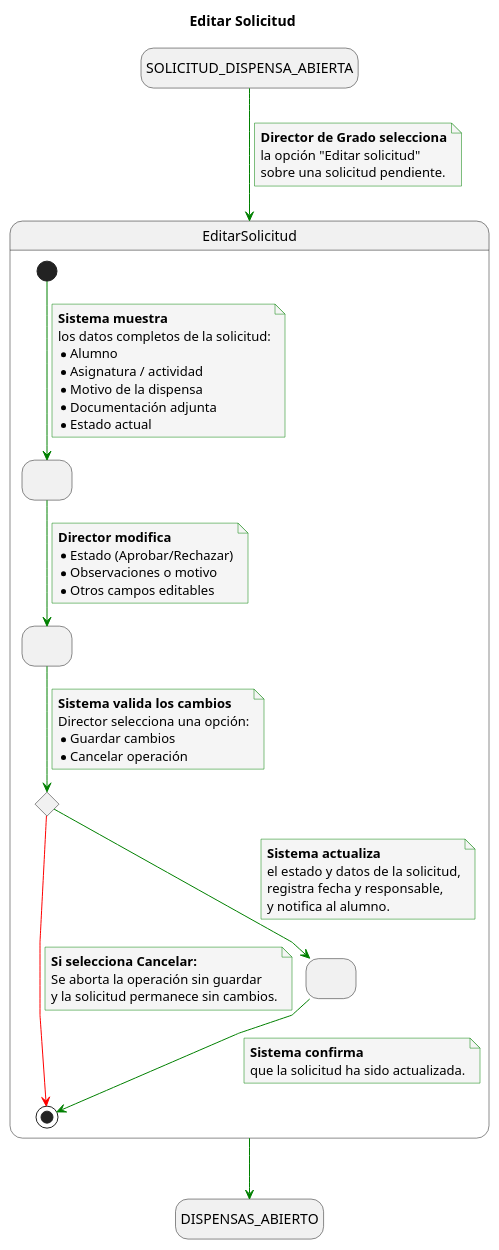
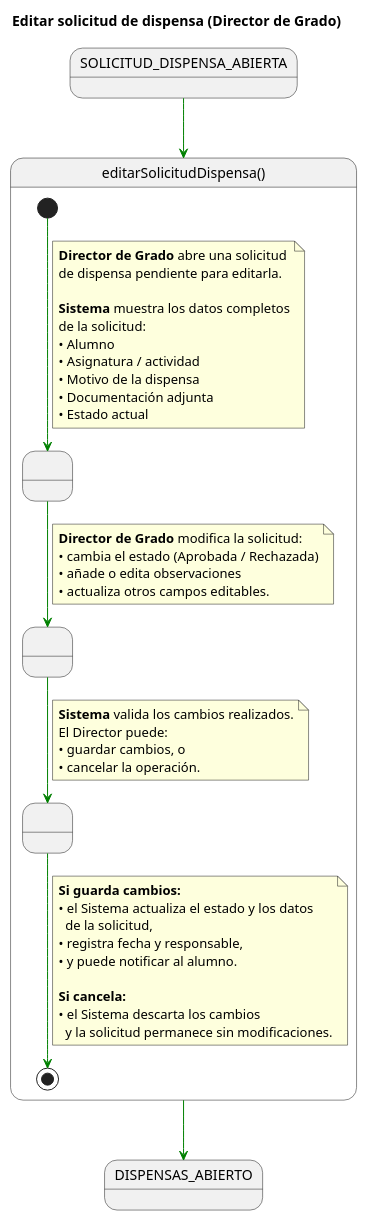
Before and after one commit to enmabry/25-26-IdSw1-SdR: the diagram in documents/CasosDeUso/DetalladoCasosDeUso/DirectorDeGrado/EditarSolicitud.puml, drawn with PlantUML. The commit also changed 7 other files, not shown here.

Commit message:
Update GuardarSolicitud diagram: enhance visual clarity and detail for the "Guardar solicitud de dispensa" process, including improved layout and additional descriptive text.

```diff
--- a/documents/CasosDeUso/DetalladoCasosDeUso/DirectorDeGrado/EditarSolicitud.puml
+++ b/documents/CasosDeUso/DetalladoCasosDeUso/DirectorDeGrado/EditarSolicitud.puml
@@ -1,81 +1,63 @@
 @startuml
-title Editar Solicitud
+title Editar solicitud de dispensa (Director de Grado)
 
-skinparam {
-    NoteBackgroundColor #whiteSmoke
-    ArrowColor #green
-    NoteBorderColor #green
-    linetype polyline
-}
+skinparam linetype polyline
 
-hide empty description
+state SOLICITUD_DISPENSA_ABIERTA_INICIAL as "SOLICITUD_DISPENSA_ABIERTA"
+state DISPENSAS_ABIERTO_FINAL            as "DISPENSAS_ABIERTO"
 
-state startState as "SOLICITUD_DISPENSA_ABIERTA"
-state endState as "DISPENSAS_ABIERTO"
+SOLICITUD_DISPENSA_ABIERTA_INICIAL -[#green]-> editarSolicitudDispensa
 
-startState --> EditarSolicitud
-note on link
-    <b>Director de Grado selecciona</b>
-    la opción "Editar solicitud"
-    sobre una solicitud pendiente.
-end note
+state editarSolicitudDispensa as "editarSolicitudDispensa()" {
 
-state EditarSolicitud {
-    state RevisarSolicitud as " "
-    state ModificarEstadoYDatos as " "
-    state FinalizarOpciones <<choice>>
+    state " " as RevisarSolicitud
+    state " " as ModificarEstadoYDatos
+    state " " as GuardarOCancelar
 
-    [*] --> RevisarSolicitud
+    [*] -[#green]-> RevisarSolicitud
     note on link
-        <b>Sistema muestra</b>
-        los datos completos de la solicitud:
-        * Alumno
-        * Asignatura / actividad
-        * Motivo de la dispensa
-        * Documentación adjunta
-        * Estado actual
+      <b>Director de Grado</b> abre una solicitud
+      de dispensa pendiente para editarla.
+
+      <b>Sistema</b> muestra los datos completos
+      de la solicitud:
+      • Alumno
+      • Asignatura / actividad
+      • Motivo de la dispensa
+      • Documentación adjunta
+      • Estado actual
     end note
 
-    RevisarSolicitud --> ModificarEstadoYDatos
+    RevisarSolicitud -[#green]-> ModificarEstadoYDatos
     note on link
-        <b>Director modifica</b>
-        * Estado (Aprobar/Rechazar)
-        * Observaciones o motivo
-        * Otros campos editables
+      <b>Director de Grado</b> modifica la solicitud:
+      • cambia el estado (Aprobada / Rechazada)
+      • añade o edita observaciones
+      • actualiza otros campos editables.
     end note
 
-    ModificarEstadoYDatos --> FinalizarOpciones
+    ModificarEstadoYDatos -[#green]-> GuardarOCancelar
     note on link
-        <b>Sistema valida los cambios</b>
-        Director selecciona una opción:
-        * Guardar cambios
-        * Cancelar operación
+      <b>Sistema</b> valida los cambios realizados.
+      El Director puede:
+      • guardar cambios, o
+      • cancelar la operación.
     end note
 
-    FinalizarOpciones -[#red]-> [*]
+    GuardarOCancelar -[#green]-> [*]
     note on link
-        <b>Si selecciona Cancelar:</b>
-        Se aborta la operación sin guardar
-        y la solicitud permanece sin cambios.
-    end note
+      <b>Si guarda cambios:</b>
+      • el Sistema actualiza el estado y los datos
+        de la solicitud,
+      • registra fecha y responsable,
+      • y puede notificar al alumno.
 
-    FinalizarOpciones --> GuardarCambios
-
-    state GuardarCambios as " "
-    note on link
-        <b>Sistema actualiza</b>
-        el estado y datos de la solicitud,
-        registra fecha y responsable,
-        y notifica al alumno.
-    end note
-
-    GuardarCambios --> [*]
-    note on link
-        <b>Sistema confirma</b>
-        que la solicitud ha sido actualizada.
+      <b>Si cancela:</b>
+      • el Sistema descarta los cambios
+        y la solicitud permanece sin modificaciones.
     end note
 }
 
-EditarSolicitud --> endState
+editarSolicitudDispensa -[#green]-> DISPENSAS_ABIERTO_FINAL
 
 @enduml
```
